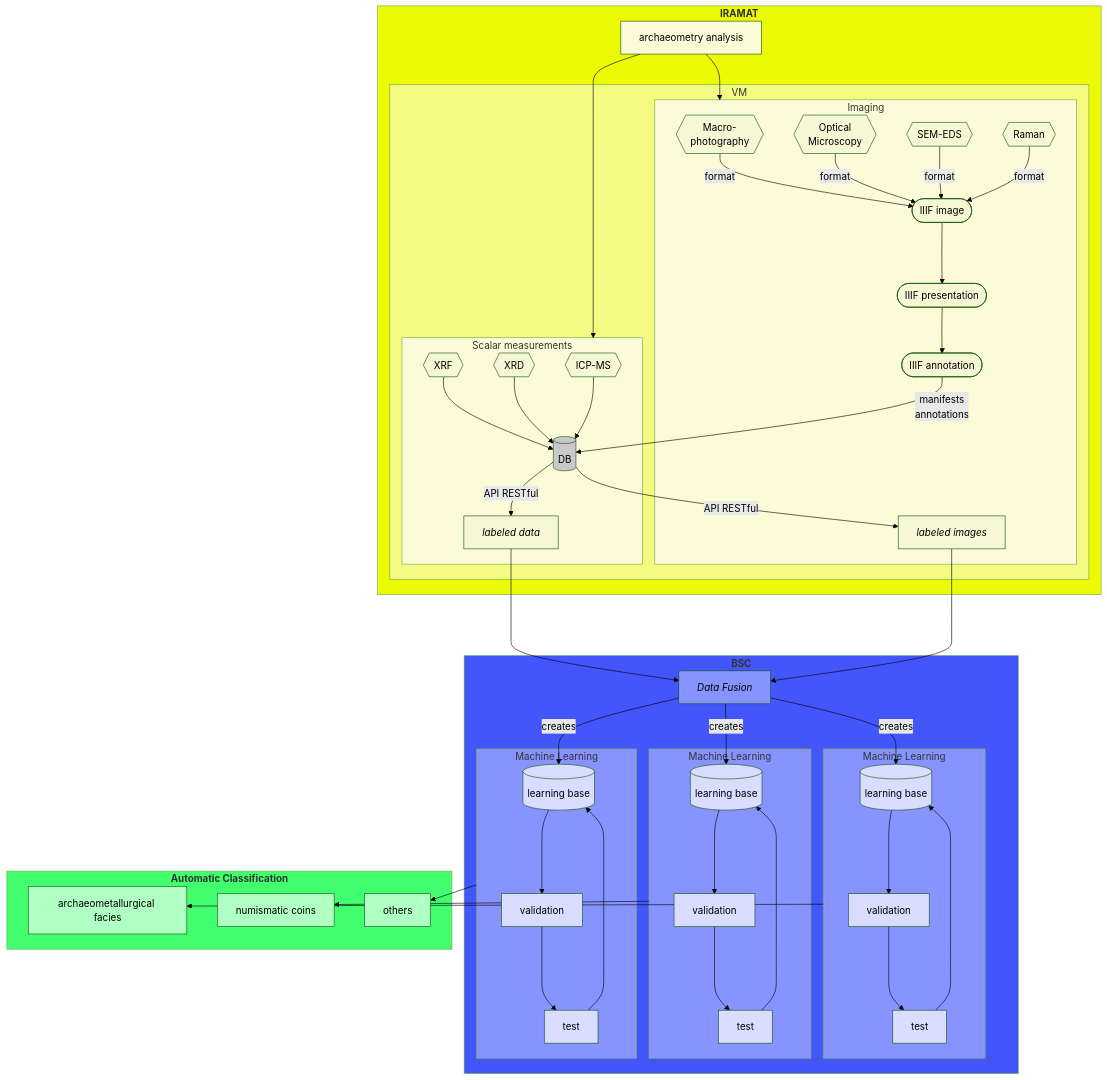
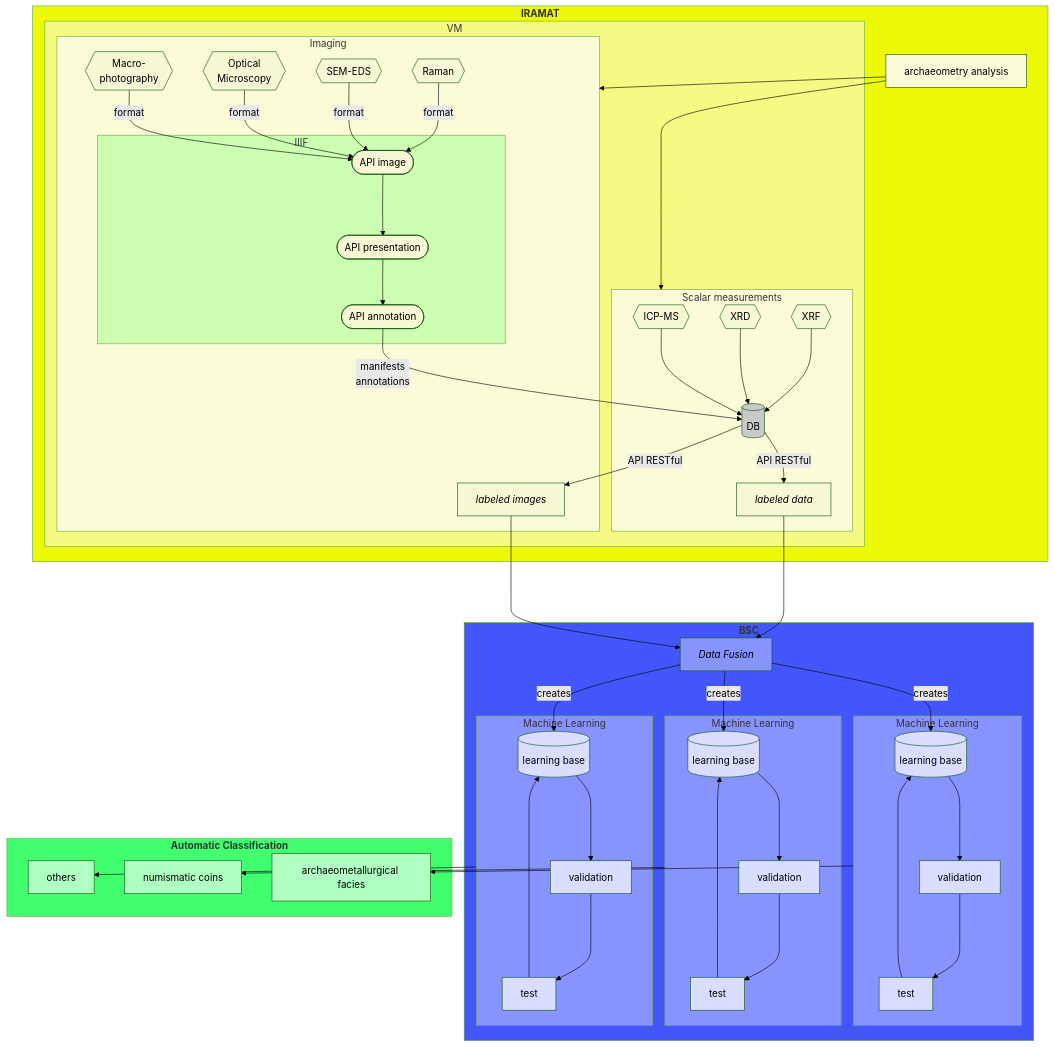
One commit to iramat/iramat-dev changed the diagram in talks/2026-bsc/README.md. Above: the diagram before and after it, drawn with Mermaid (forest theme).

Commit message:
IIIF APIs grouped

```diff
--- a/talks/2026-bsc/README.md
+++ b/talks/2026-bsc/README.md
@@ -19,13 +19,15 @@
         BD -- API RESTful --> APIdata[<em>labeled data</em>]
     end
     subgraph IRAMATimg[Imaging]
-        Macro{{Macro-<br>photography}} -- format --> IIIFimg([IIIF image])
+        Macro{{Macro-<br>photography}} -- format --> IIIFimg([API image])
         Opt{{Optical<br>Microscopy}} -- format --> IIIFimg
         SEM{{SEM-EDS}} -- format --> IIIFimg
         Raman{{Raman}} -- format --> IIIFimg
-        IIIFimg ---> IIIFpres([IIIF presentation])
-		IIIFpres --> IIIFannot([IIIF annotation])
-		IIIFannot -- manifests<br>annotations --> BD
+        subgraph IRAMATiiif[IIIF]
+          IIIFimg ---> IIIFpres([API presentation])
+		      IIIFpres --> IIIFannot([API annotation])
+        end
+		    IIIFannot -- manifests<br>annotations --> BD
         BD -- API RESTful --> APIimg[<em>labeled images</em>]
     end
 	end
```
